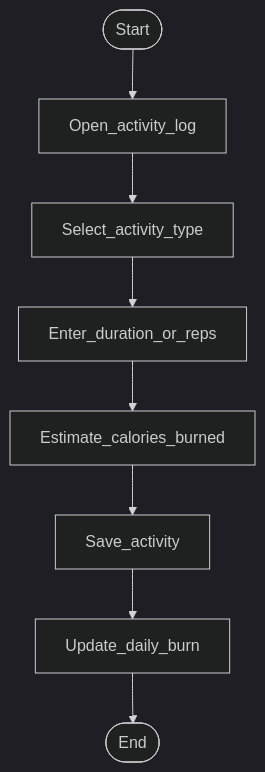
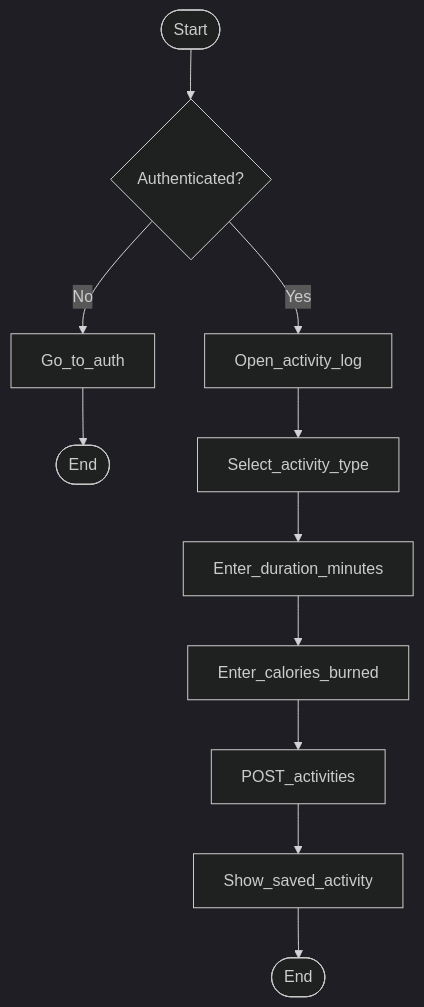
One commit to RtinFp/relapsa changed the diagram in docs/architecture/activity-fitness.md. Above: the diagram before and after it, drawn with Mermaid (dark theme). The commit also changed other lines of this file and 5 other files, not shown here.

````diff
--- a/docs/architecture/activity-fitness.md
+++ b/docs/architecture/activity-fitness.md
@@ -5,10 +3,13 @@
 ```mermaid
 flowchart TD
-  A([Start]) --> B[Open_activity_log]
-  B --> C[Select_activity_type]
-  C --> D[Enter_duration_or_reps]
-  D --> E[Estimate_calories_burned]
-  E --> F[Save_activity]
-  F --> G[Update_daily_burn]
-  G --> H([End])
+  startNode([Start]) --> auth{Authenticated?}
+  auth -->|No| login[Go_to_auth]
+  login --> endFail([End])
+  auth -->|Yes| open[Open_activity_log]
+  open --> kind[Select_activity_type]
+  kind --> dur[Enter_duration_minutes]
+  dur --> burn[Enter_calories_burned]
+  burn --> save[POST_activities]
+  save --> confirm[Show_saved_activity]
+  confirm --> endOk([End])
 ```
````
